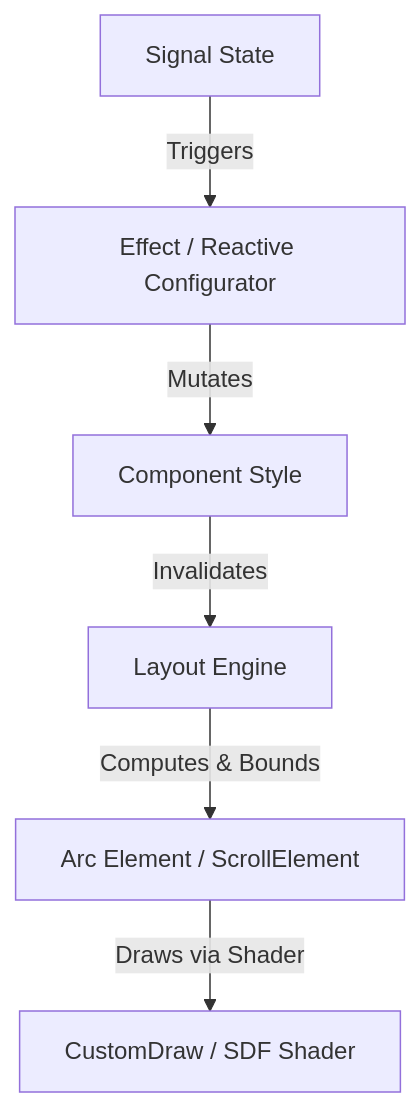
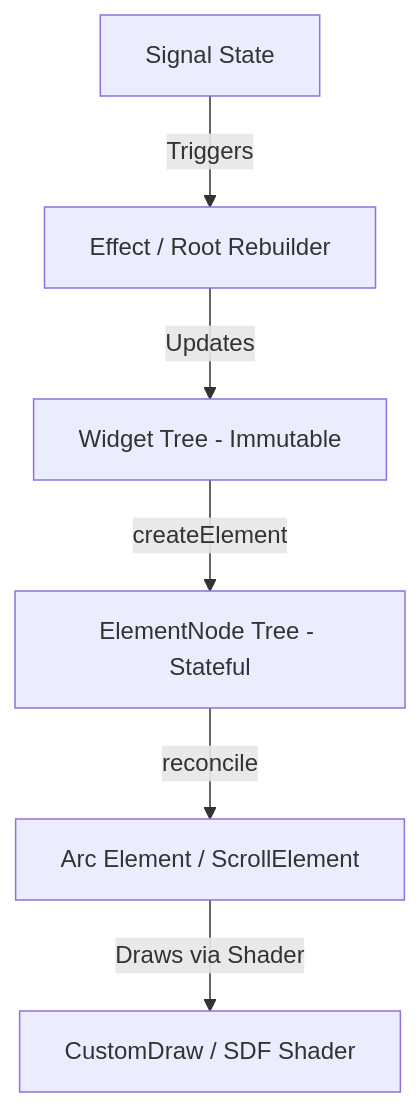
The diagram in docs/user_guide_en.md (MindustryTool/cat-mod), drawn with Mermaid before and after one commit. The commit also changed other lines of this file and 3 other files, not shown here.

````diff
--- a/docs/user_guide_en.md
+++ b/docs/user_guide_en.md
@@ -16,8 +18,8 @@
 ```mermaid
 graph TD
-    Signal[Signal State] -->|Triggers| Effect[Effect / Reactive Configurator]
-    Effect -->|Mutates| ComponentStyle[Component Style]
-    ComponentStyle -->|Invalidates| LayoutEngine[Layout Engine]
-    LayoutEngine -->|Computes & Bounds| ArcElement[Arc Element / ScrollElement]
+    Signal[Signal State] -->|Triggers| Effect[Effect / Root Rebuilder]
+    Effect -->|Updates| Widget[Widget Tree - Immutable]
+    Widget -->|createElement| ElementNode[ElementNode Tree - Stateful]
+    ElementNode -->|reconcile| ArcElement[Arc Element / ScrollElement]
     ArcElement -->|Draws via Shader| CustomDraw[CustomDraw / SDF Shader]
 ```
````
